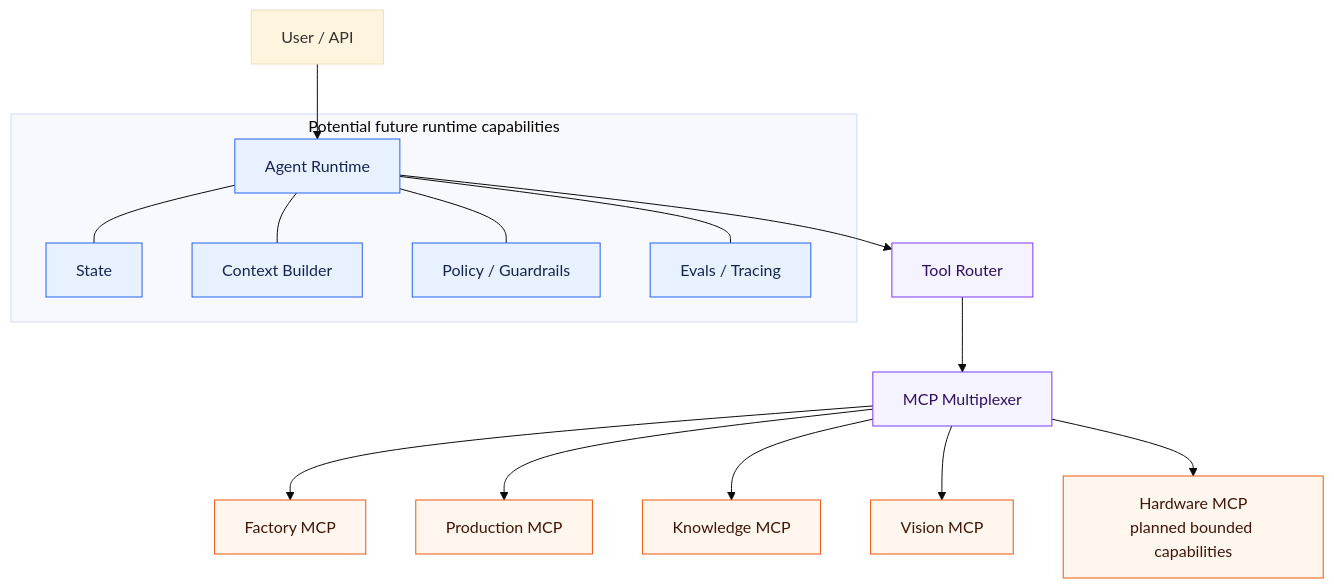
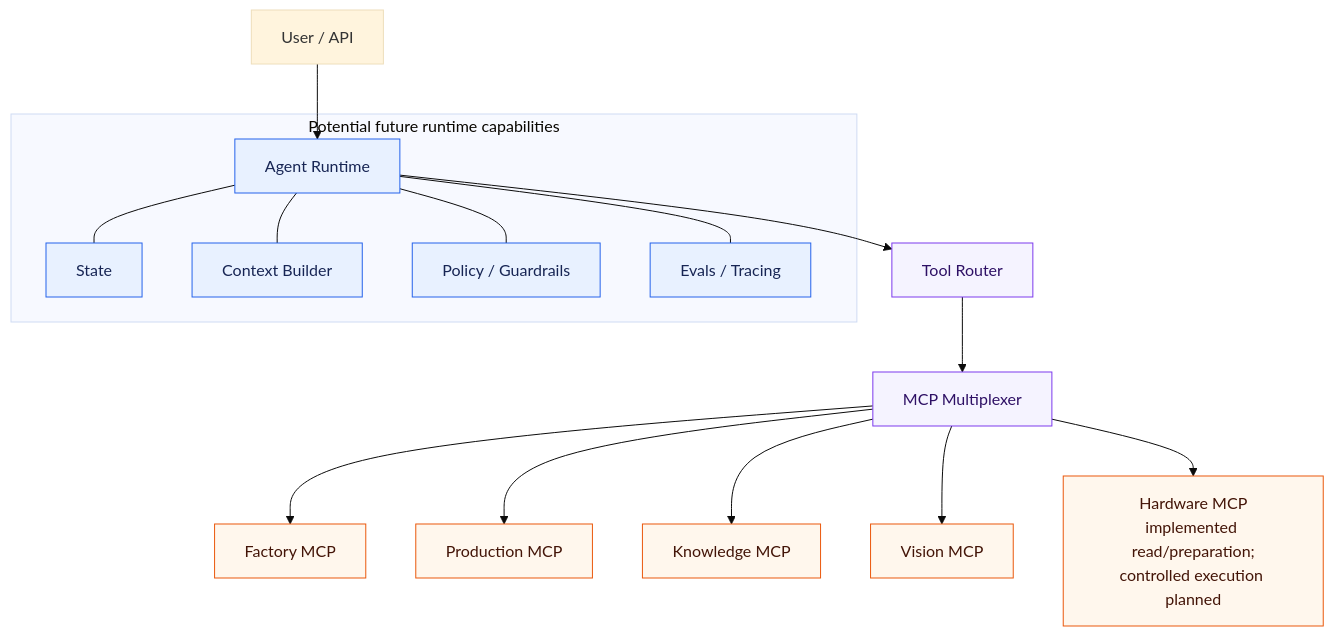
Before and after one commit to aboerzel/industrial-ai-agent: diagram 17 of 19 in docs/architecture/overview.md, drawn with Mermaid (base theme). The commit also changed other lines of this file and 7 other files, not shown here.

First line of the commit message:
feat: add hardware recovery read and prepare tools

````diff
--- a/docs/architecture/overview.md
+++ b/docs/architecture/overview.md
@@ -1049,31 +1058,31 @@
 ```mermaid
 flowchart TD
     U["User / API"] --> AR["Agent Runtime"]
 
     subgraph Runtime["Potential future runtime capabilities"]
         AR
         State["State"]
         Context["Context Builder"]
         Policy["Policy / Guardrails"]
         Observability["Evals / Tracing"]
         AR --- State
         AR --- Context
         AR --- Policy
         AR --- Observability
     end
 
     AR --> Router["Tool Router"]
     Router --> Multiplexer["MCP Multiplexer"]
     Multiplexer --> Factory["Factory MCP"]
     Multiplexer --> Production["Production MCP"]
     Multiplexer --> Knowledge["Knowledge MCP"]
     Multiplexer --> Vision["Vision MCP"]
-    Multiplexer --> Hardware["Hardware MCP<br/>planned bounded capabilities"]
+    Multiplexer --> Hardware["Hardware MCP<br/>implemented read/preparation;<br/>controlled execution planned"]
 
     classDef runtime fill:#e8f1ff,stroke:#2563eb,color:#172554
     classDef routing fill:#f5f3ff,stroke:#7c3aed,color:#2e1065
     classDef service fill:#fff7ed,stroke:#ea580c,color:#431407
     class AR,State,Context,Policy,Observability runtime
     class Router,Multiplexer routing
     class Factory,Production,Knowledge,Vision,Hardware service
 ```
````
